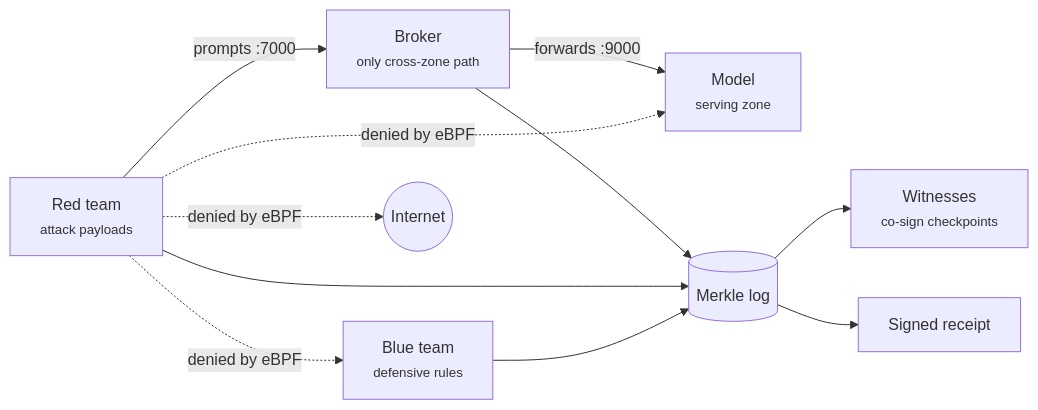
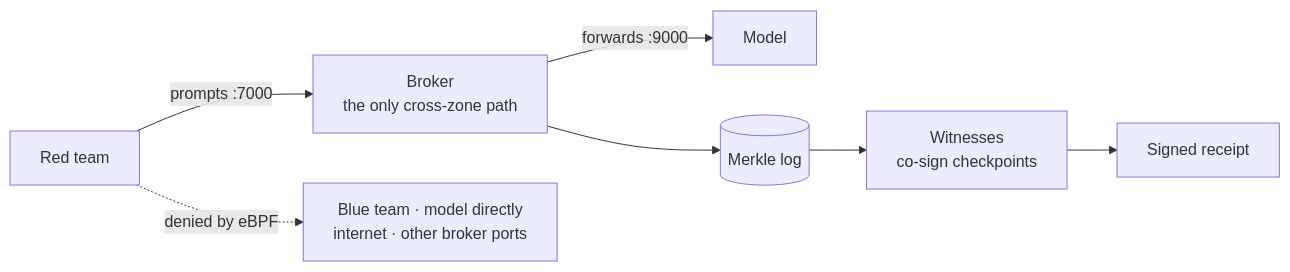
The diagram in README.md (bhaveshlakhmani25-ui/Bayora_HIH2026), drawn with Mermaid before and after one commit.

Commit message:
README: simpler architecture diagram

````diff
--- a/README.md
+++ b/README.md
@@ -48,13 +48,9 @@
 ```mermaid
 flowchart LR
-    R["Red team<br/><small>attack payloads</small>"] -->|"prompts :7000"| B["Broker<br/><small>only cross-zone path</small>"]
-    B -->|"forwards :9000"| M["Model<br/><small>serving zone</small>"]
-    R -.->|"denied by eBPF"| BL["Blue team<br/><small>defensive rules</small>"]
-    R -.->|"denied by eBPF"| M
-    R -.->|"denied by eBPF"| I(("Internet"))
+    R["Red team"] -->|"prompts :7000"| B["Broker<br/>the only cross-zone path"]
+    B -->|"forwards :9000"| M["Model"]
+    R -. "denied by eBPF" .-> X["Blue team · model directly<br/>internet · other broker ports"]
     B --> L[("Merkle log")]
-    R --> L
-    BL --> L
-    L --> W["Witnesses<br/><small>co-sign checkpoints</small>"]
-    L --> RC["Signed receipt"]
+    L --> W["Witnesses<br/>co-sign checkpoints"]
+    W --> RC["Signed receipt"]
 ```
````
